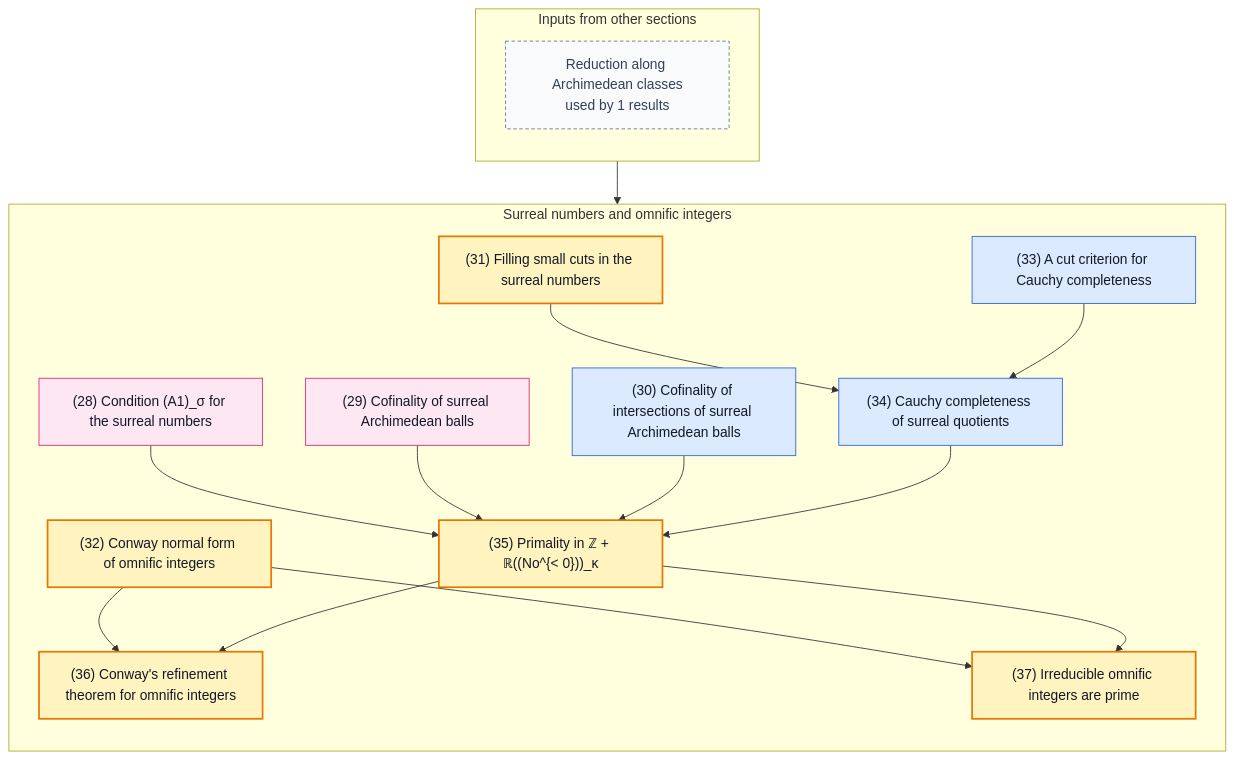
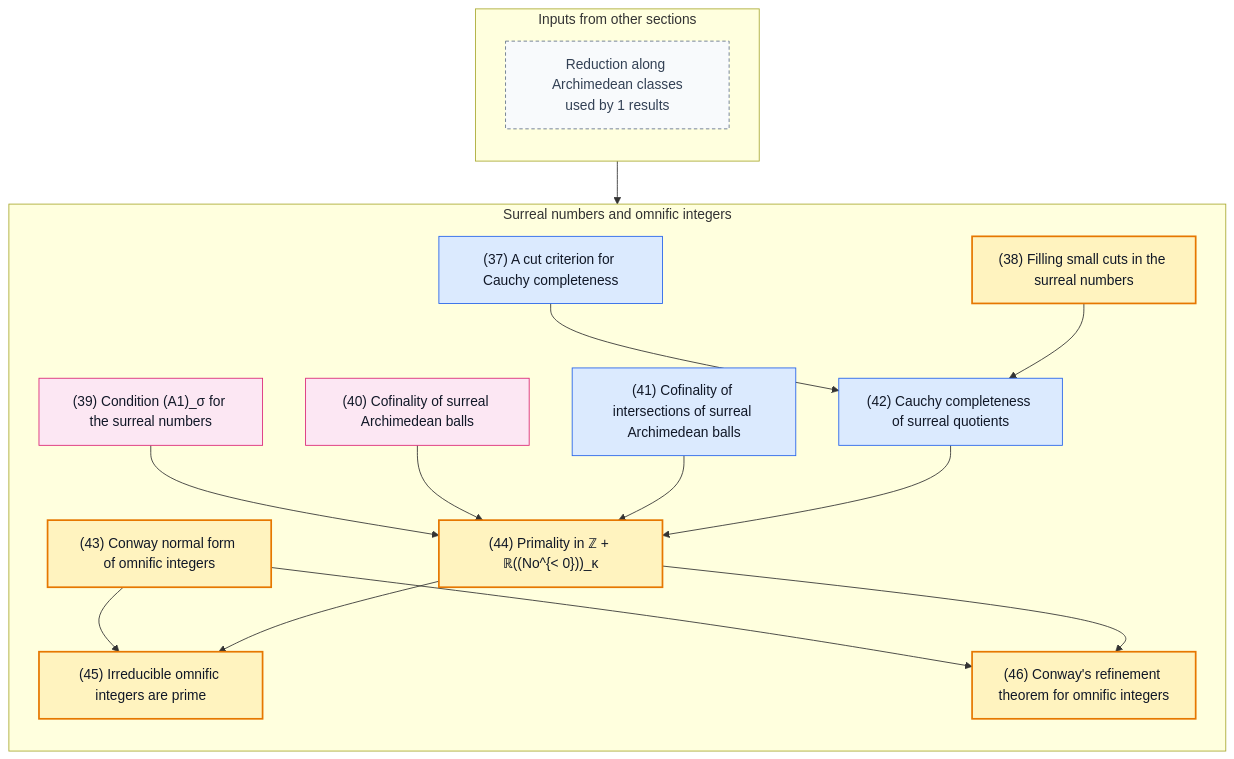
The fifth of 5 diagrams in README.md (gaearon/conway-refinement), drawn with Mermaid before and after one commit. The commit also changed other lines of this file and 37 other files, not shown here.

````diff
--- a/README.md
+++ b/README.md
@@ -378,53 +410,53 @@
 ```mermaid
 %% Generated by scripts/blueprint.sh; do not edit.
 %% Other sections are compressed to boundary nodes.
 %% Solid arrows are proof dependencies; dashed arrows are statement dependencies.
 flowchart TB
   subgraph inputs["Inputs from other sections"]
     direction TB
     in0["Reduction along Archimedean classes<br/>used by 1 results"]:::boundary
   end
   subgraph current["Surreal numbers and omnific integers"]
     direction TB
-    n028["(28) Condition (A1)_σ for the surreal numbers"]:::fact
-    n029["(29) Cofinality of surreal Archimedean balls"]:::fact
-    n030["(30) Cofinality of intersections of surreal Archimedean balls"]:::lemma
-    n031["(31) Filling small cuts in the surreal numbers"]:::theorem
-    n032["(32) Conway normal form of omnific integers"]:::theorem
-    n033["(33) A cut criterion for Cauchy completeness"]:::lemma
-    n034["(34) Cauchy completeness of surreal quotients"]:::lemma
-    n035["(35) Primality in ℤ + ℝ((No^{&lt; 0}))_κ"]:::theorem
-    n036["(36) Conway's refinement theorem for omnific integers"]:::theorem
-    n037["(37) Irreducible omnific integers are prime"]:::theorem
+    n037["(37) A cut criterion for Cauchy completeness"]:::lemma
+    n038["(38) Filling small cuts in the surreal numbers"]:::theorem
+    n039["(39) Condition (A1)_σ for the surreal numbers"]:::fact
+    n040["(40) Cofinality of surreal Archimedean balls"]:::fact
+    n041["(41) Cofinality of intersections of surreal Archimedean balls"]:::lemma
+    n042["(42) Cauchy completeness of surreal quotients"]:::lemma
+    n043["(43) Conway normal form of omnific integers"]:::theorem
+    n044["(44) Primality in ℤ + ℝ((No^{&lt; 0}))_κ"]:::theorem
+    n045["(45) Irreducible omnific integers are prime"]:::theorem
+    n046["(46) Conway's refinement theorem for omnific integers"]:::theorem
   end
 
-  n031 --> n034
-  n033 --> n034
-  n028 --> n035
-  n029 --> n035
-  n030 --> n035
-  n034 --> n035
-  n032 --> n036
-  n035 --> n036
-  n032 --> n037
-  n035 --> n037
-  in0 --> n035
-  click n028 "https://gaearon.github.io/conway-refinement/#/result/surreal-archimedean-strata" "Open the statement for fact 28"
-  click n029 "https://gaearon.github.io/conway-refinement/#/result/surreal-archimedean-ball-cofinality" "Open the statement for fact 29"
-  click n030 "https://gaearon.github.io/conway-refinement/#/result/surreal-common-tail-cofinality" "Open the statement for lemma 30"
-  click n031 "https://gaearon.github.io/conway-refinement/#/result/surreal-simplicity-small-cuts" "Open the statement for theorem 31"
-  click n032 "https://gaearon.github.io/conway-refinement/#/result/signed-normal-form-omnific-integer-equivalence" "Open the statement for theorem 32"
-  click n033 "https://gaearon.github.io/conway-refinement/#/result/complete-of-coinitial-scales-and-cut-filling" "Open the statement for lemma 33"
-  click n034 "https://gaearon.github.io/conway-refinement/#/result/surreal-common-tail-quotient-complete" "Open the statement for lemma 34"
-  click n035 "https://gaearon.github.io/conway-refinement/#/result/surreal-hahn-integer-part-primality" "Open the statement for theorem 35"
-  click n036 "https://gaearon.github.io/conway-refinement/#/result/conway-refinement" "Open the statement for theorem 36"
-  click n037 "https://gaearon.github.io/conway-refinement/#/result/omnific-factorisation" "Open the statement for theorem 37"
+  n037 --> n042
+  n038 --> n042
+  n039 --> n044
+  n040 --> n044
+  n041 --> n044
+  n042 --> n044
+  n043 --> n045
+  n044 --> n045
+  n043 --> n046
+  n044 --> n046
+  in0 --> n044
+  click n037 "https://gaearon.github.io/conway-refinement/#/result/complete-of-coinitial-scales-and-cut-filling" "Open the statement for lemma 37"
+  click n038 "https://gaearon.github.io/conway-refinement/#/result/surreal-simplicity-small-cuts" "Open the statement for theorem 38"
+  click n039 "https://gaearon.github.io/conway-refinement/#/result/surreal-archimedean-strata" "Open the statement for fact 39"
+  click n040 "https://gaearon.github.io/conway-refinement/#/result/surreal-archimedean-ball-cofinality" "Open the statement for fact 40"
+  click n041 "https://gaearon.github.io/conway-refinement/#/result/surreal-common-tail-cofinality" "Open the statement for lemma 41"
+  click n042 "https://gaearon.github.io/conway-refinement/#/result/surreal-common-tail-quotient-complete" "Open the statement for lemma 42"
+  click n043 "https://gaearon.github.io/conway-refinement/#/result/signed-normal-form-omnific-integer-equivalence" "Open the statement for theorem 43"
+  click n044 "https://gaearon.github.io/conway-refinement/#/result/surreal-hahn-integer-part-primality" "Open the statement for theorem 44"
+  click n045 "https://gaearon.github.io/conway-refinement/#/result/omnific-factorisation" "Open the statement for theorem 45"
+  click n046 "https://gaearon.github.io/conway-refinement/#/result/conway-refinement" "Open the statement for theorem 46"
 
   classDef theorem fill:#fff3bf,stroke:#e67700,stroke-width:2px,color:#111827
   classDef definition fill:#f3f4f6,stroke:#4b5563,color:#111827
   classDef lemma fill:#dbeafe,stroke:#2563eb,color:#111827
   classDef proposition fill:#ede9fe,stroke:#7c3aed,color:#111827
   classDef corollary fill:#dcfce7,stroke:#16a34a,color:#111827
   classDef fact fill:#fce7f3,stroke:#db2777,color:#111827
   classDef boundary fill:#f8fafc,stroke:#64748b,stroke-dasharray:4 3,color:#334155
 ```
````
